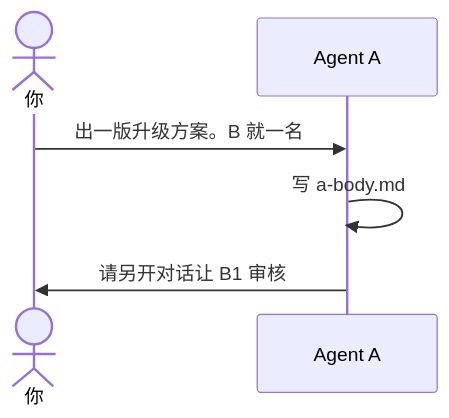
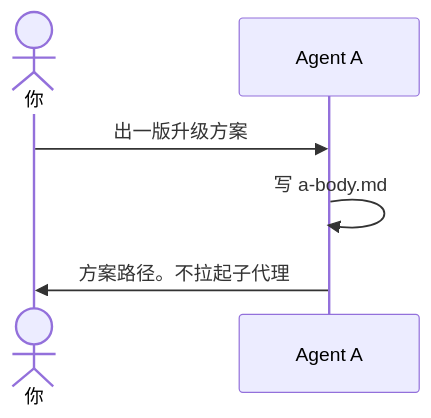
One commit to qiusuo0226/codeplan-multireview changed the diagram in examples/03-你是AgentA.md. Above: the diagram before and after it, drawn with Mermaid. The commit also changed other lines of this file and 43 other files, not shown here.

````diff
--- a/examples/03-你是AgentA.md
+++ b/examples/03-你是AgentA.md
@@ -11,9 +11,9 @@
 ```mermaid
 sequenceDiagram
     actor You as 你
     participant AI as Agent A
 
-    You->>AI: 出一版升级方案。B 就一名
+    You->>AI: 出一版升级方案
     AI->>AI: 写 a-body.md
-    AI->>You: 请另开对话让 B1 审核
+    AI->>You: 方案路径。不拉起子代理
 ```
````
